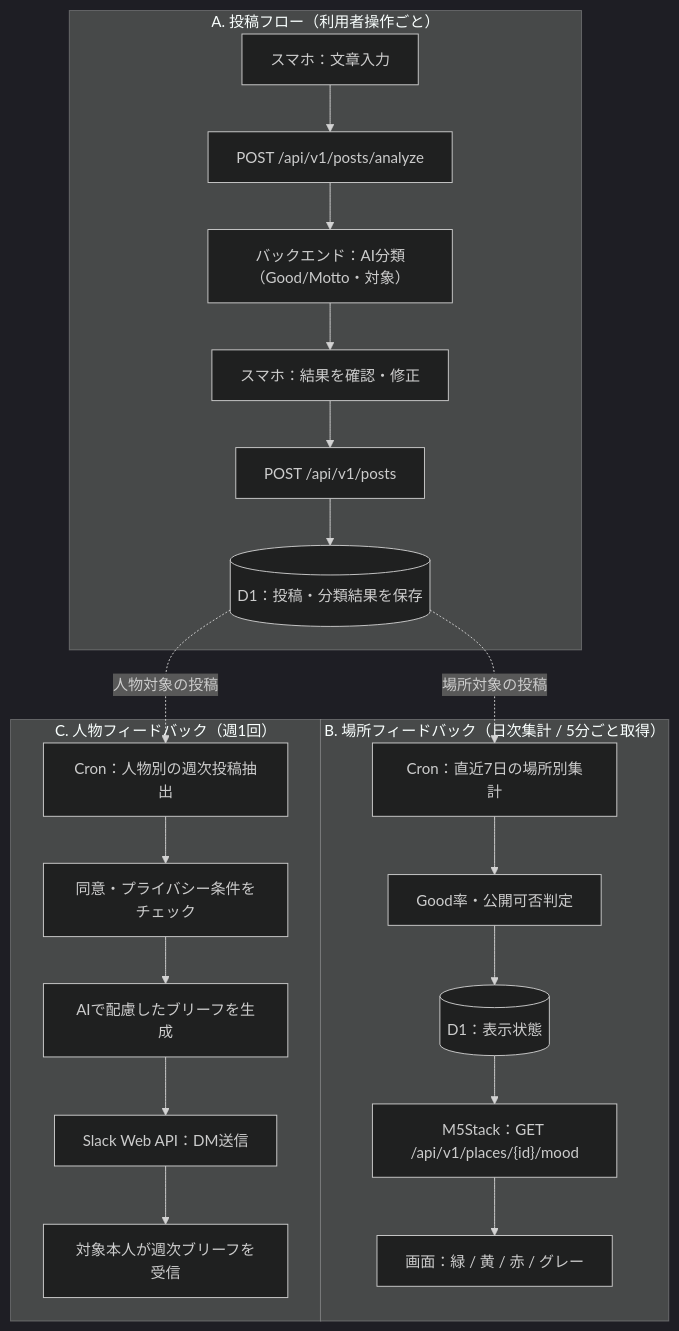
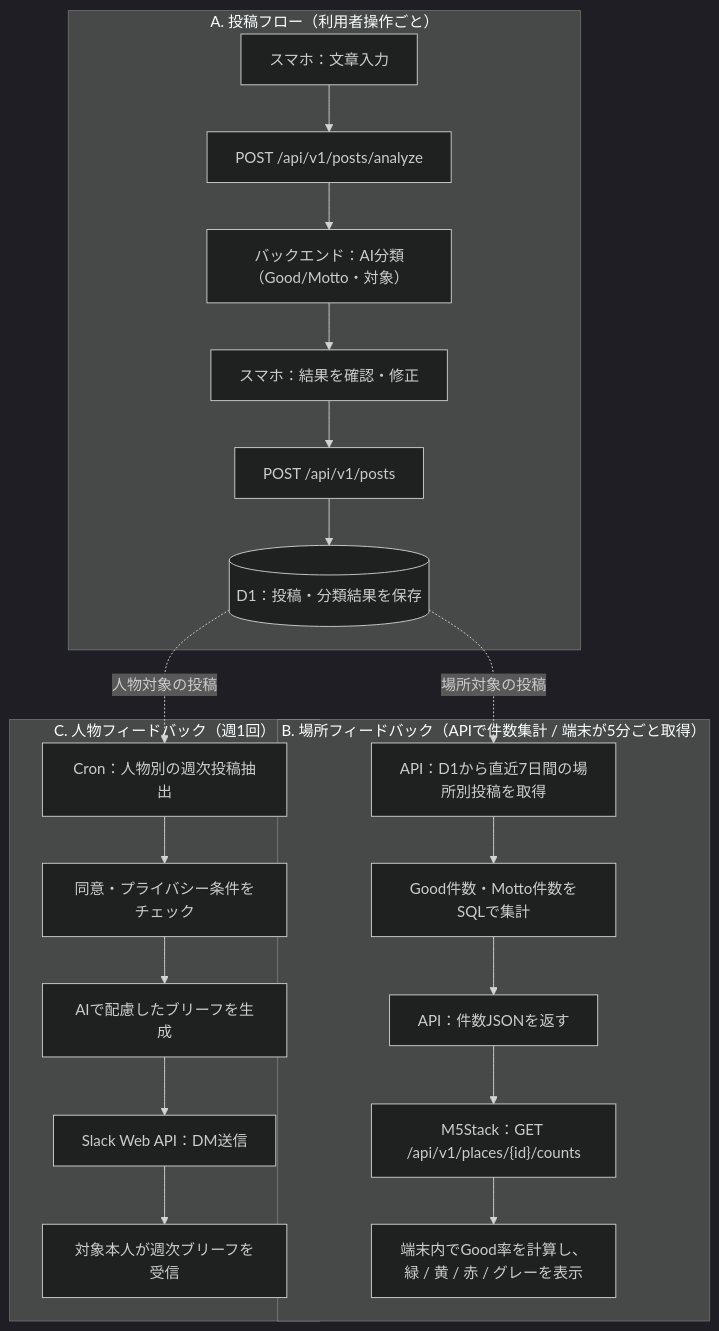
Before and after one commit to Tamach1Q/good-motto: the second of 2 diagrams in docs/architecture/README.md, drawn with Mermaid (dark theme). The commit also changed other lines of this file, not shown here.

Commit message:
docs: align docs/architecture/README.md with Gemini and device-side mood calculation

````diff
--- a/docs/architecture/README.md
+++ b/docs/architecture/README.md
@@ -75,24 +75,24 @@
 ```mermaid
 flowchart TB
   subgraph A["A. 投稿フロー（利用者操作ごと）"]
     A1["スマホ：文章入力"] --> A2["POST /api/v1/posts/analyze"]
     A2 --> A3["バックエンド：AI分類（Good/Motto・対象）"]
     A3 --> A4["スマホ：結果を確認・修正"]
     A4 --> A5["POST /api/v1/posts"]
     A5 --> DB[("D1：投稿・分類結果を保存")]
   end
-  subgraph B["B. 場所フィードバック（日次集計 / 5分ごと取得）"]
-    B1["Cron：直近7日の場所別集計"] --> B2["Good率・公開可否判定"]
-    B2 --> B3[("D1：表示状態")]
-    B3 --> B4["M5Stack：GET /api/v1/places/{id}/mood"]
-    B4 --> B5["画面：緑 / 黄 / 赤 / グレー"]
+  subgraph B["B. 場所フィードバック（APIで件数集計 / 端末が5分ごと取得）"]
+    B1["API：D1から直近7日間の場所別投稿を取得"] --> B2["Good件数・Motto件数をSQLで集計"]
+    B2 --> B3["API：件数JSONを返す"]
+    B3 --> B4["M5Stack：GET /api/v1/places/{id}/counts"]
+    B4 --> B5["端末内でGood率を計算し、緑 / 黄 / 赤 / グレーを表示"]
   end
   subgraph C["C. 人物フィードバック（週1回）"]
     C1["Cron：人物別の週次投稿抽出"] --> C2["同意・プライバシー条件をチェック"]
     C2 --> C3["AIで配慮したブリーフを生成"]
     C3 --> C4["Slack Web API：DM送信"]
     C4 --> C5["対象本人が週次ブリーフを受信"]
   end
   DB -.->|場所対象の投稿| B1
   DB -.->|人物対象の投稿| C1
 ```
````
